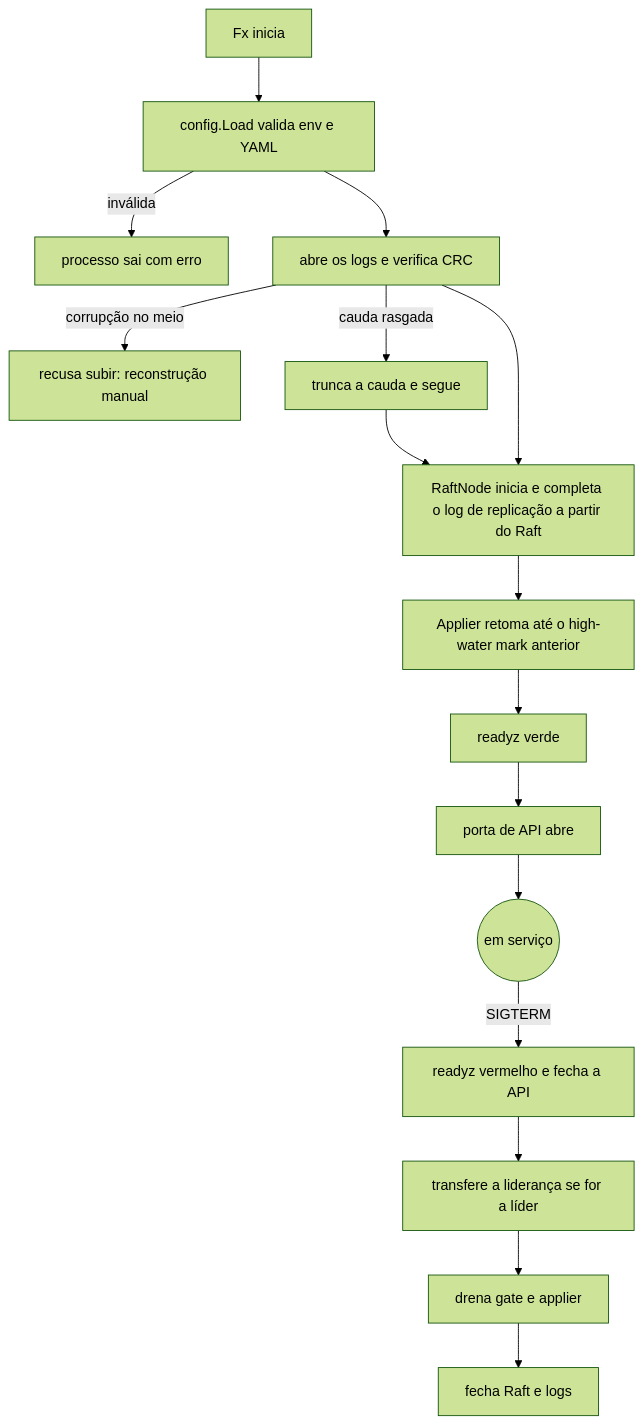
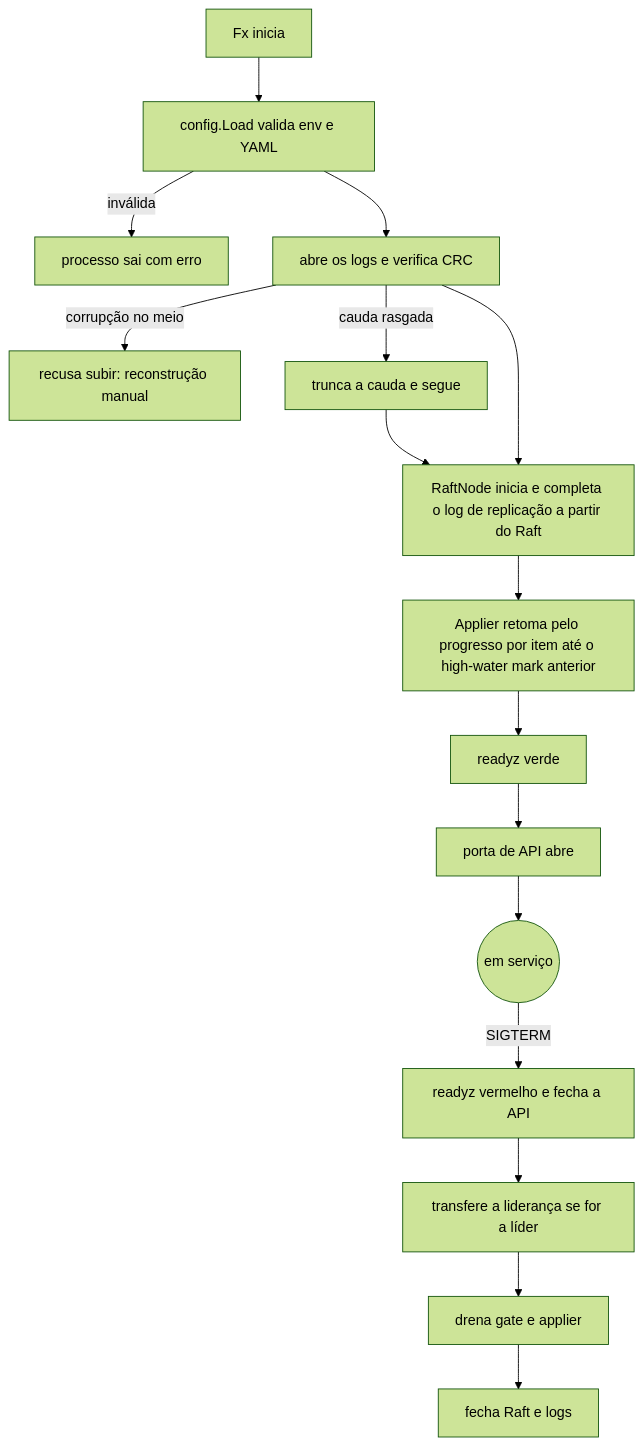
Before and after one commit to brbarmex/k: the first of 2 diagrams in 02_cenarios/atualizados/C18-partida-e-recuperacao-do-no.md, drawn with Mermaid (forest theme). The commit also changed other lines of this file and 139 other files, not shown here.

````diff
--- a/02_cenarios/atualizados/C18-partida-e-recuperacao-do-no.md
+++ b/02_cenarios/atualizados/C18-partida-e-recuperacao-do-no.md
@@ -11,18 +11,18 @@
 ```mermaid
 flowchart TD
     A["Fx inicia"] --> B["config.Load valida env e YAML"]
     B -->|"inválida"| X["processo sai com erro"]
     B --> C["abre os logs e verifica CRC"]
     C -->|"corrupção no meio"| Y["recusa subir: reconstrução manual"]
     C -->|"cauda rasgada"| C2["trunca a cauda e segue"]
     C2 --> D
     C --> D["RaftNode inicia e completa o log de replicação a partir do Raft"]
-    D --> E["Applier retoma até o high-water mark anterior"]
+    D --> E["Applier retoma pelo progresso por item até o high-water mark anterior"]
     E --> F["readyz verde"]
     F --> G["porta de API abre"]
     G --> H(("em serviço"))
     H -->|"SIGTERM"| I["readyz vermelho e fecha a API"]
     I --> J["transfere a liderança se for a líder"]
     J --> K["drena gate e applier"]
     K --> L["fecha Raft e logs"]
 ```
````
